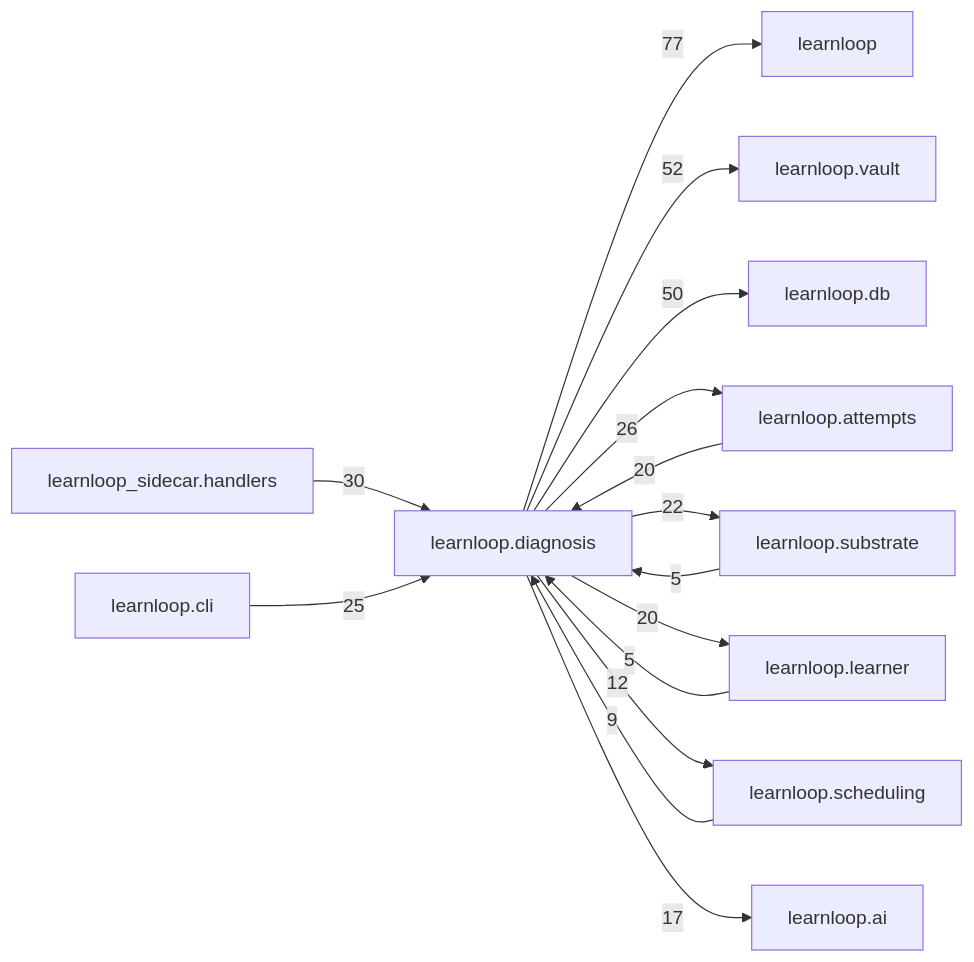
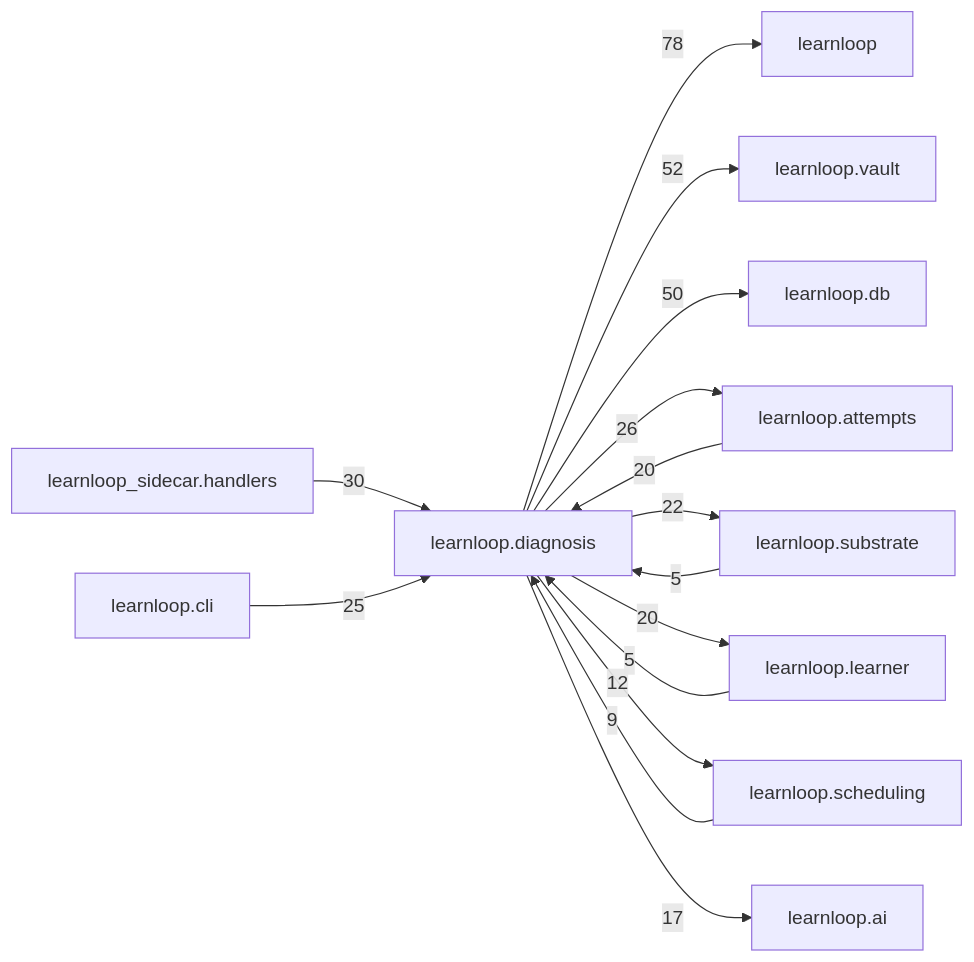
One commit to 6up-b/learnanything changed the diagram in docs/learnloop-architecture-vault/Reference/Modules/learnloop/diagnosis/_package.md. Above: the diagram before and after it, drawn with Mermaid. The commit also changed other lines of this file and 550 other files, not shown here.

````diff
--- a/docs/learnloop-architecture-vault/Reference/Modules/learnloop/diagnosis/_package.md
+++ b/docs/learnloop-architecture-vault/Reference/Modules/learnloop/diagnosis/_package.md
@@ -238,28 +239,28 @@
 ```mermaid
 flowchart LR
     center["learnloop.diagnosis"]
     n_learnloop["learnloop"]
     n_learnloop_vault["learnloop.vault"]
     n_learnloop_db["learnloop.db"]
     n_learnloop_attempts["learnloop.attempts"]
     n_learnloop_sidecar_handlers["learnloop_sidecar.handlers"]
     n_learnloop_substrate["learnloop.substrate"]
     n_learnloop_cli["learnloop.cli"]
     n_learnloop_learner["learnloop.learner"]
     n_learnloop_scheduling["learnloop.scheduling"]
     n_learnloop_ai["learnloop.ai"]
-    center -->|77| n_learnloop
+    center -->|78| n_learnloop
     center -->|52| n_learnloop_vault
     center -->|50| n_learnloop_db
     n_learnloop_attempts -->|20| center
     center -->|26| n_learnloop_attempts
     n_learnloop_sidecar_handlers -->|30| center
     n_learnloop_substrate -->|5| center
     center -->|22| n_learnloop_substrate
     n_learnloop_cli -->|25| center
     n_learnloop_learner -->|5| center
     center -->|20| n_learnloop_learner
     n_learnloop_scheduling -->|9| center
     center -->|12| n_learnloop_scheduling
     center -->|17| n_learnloop_ai
 ```
````
